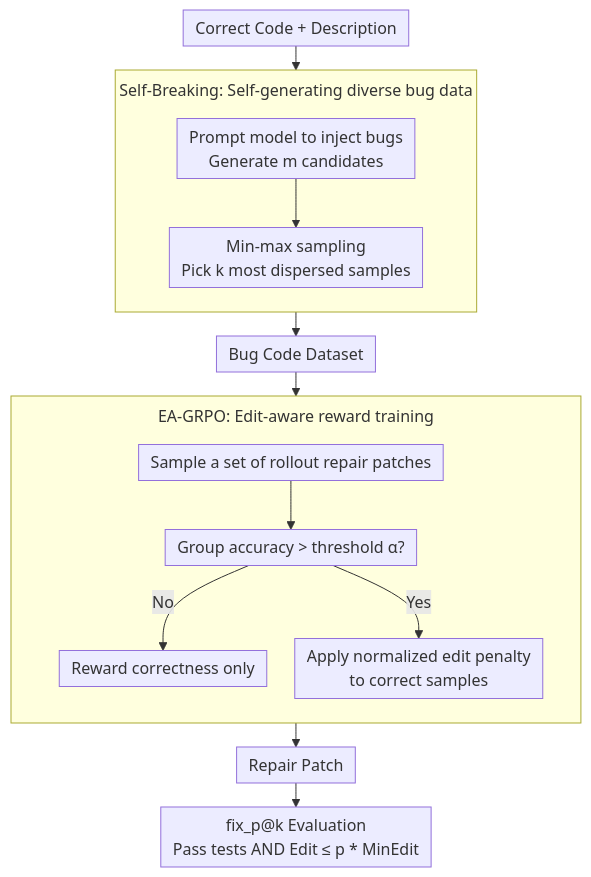
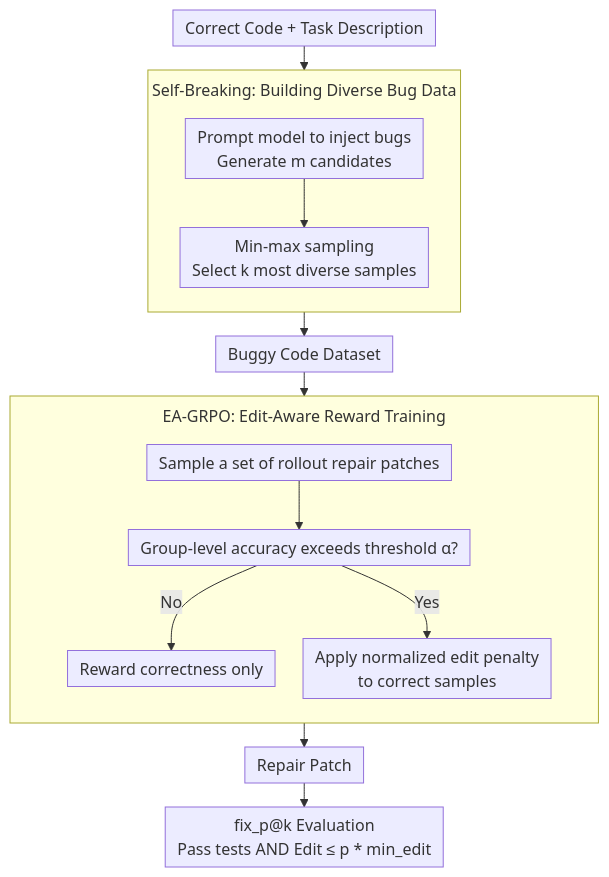
Before and after one commit to zhaoyang97/Paper-Notes-en: the diagram in docs/ACL2026/code_intelligence/qimeng-prepair_precise_code_repair_via_edit-aware_reward_optimization.md, drawn with Mermaid. The commit also changed other lines of this file and 5084 other files, not shown here.

````diff
--- a/docs/ACL2026/code_intelligence/qimeng-prepair_precise_code_repair_via_edit-aware_reward_optimization.md
+++ b/docs/ACL2026/code_intelligence/qimeng-prepair_precise_code_repair_via_edit-aware_reward_optimization.md
@@ -45,19 +45,19 @@
 ```mermaid
 %%{init: {'flowchart': {'rankSpacing': 24, 'nodeSpacing': 28, 'padding': 6, 'wrappingWidth': 400, 'subGraphTitleMargin': {'top': 8, 'bottom': 16}}}}%%
 flowchart TD
-    A["Correct Code + Description"] --> SB
-    subgraph SB["Self-Breaking: Self-generating diverse bug data"]
+    A["Correct Code + Task Description"] --> SB
+    subgraph SB["Self-Breaking: Building Diverse Bug Data"]
         direction TB
-        B1["Prompt model to inject bugs<br/>Generate m candidates"] --> B2["Min-max sampling<br/>Pick k most dispersed samples"]
+        B1["Prompt model to inject bugs<br/>Generate m candidates"] --> B2["Min-max sampling<br/>Select k most diverse samples"]
     end
-    SB --> C["Bug Code Dataset"]
+    SB --> C["Buggy Code Dataset"]
     C --> EA
-    subgraph EA["EA-GRPO: Edit-aware reward training"]
+    subgraph EA["EA-GRPO: Edit-Aware Reward Training"]
         direction TB
-        D1["Sample a set of rollout repair patches"] --> D2["Group accuracy > threshold α?"]
+        D1["Sample a set of rollout repair patches"] --> D2["Group-level accuracy exceeds threshold α?"]
         D2 -->|"No"| D3["Reward correctness only"]
         D2 -->|"Yes"| D4["Apply normalized edit penalty<br/>to correct samples"]
     end
     EA --> E["Repair Patch"]
-    E --> F["fix_p@k Evaluation<br/>Pass tests AND Edit ≤ p * MinEdit"]
+    E --> F["fix_p@k Evaluation<br/>Pass tests AND Edit ≤ p * min_edit"]
 ```
````
